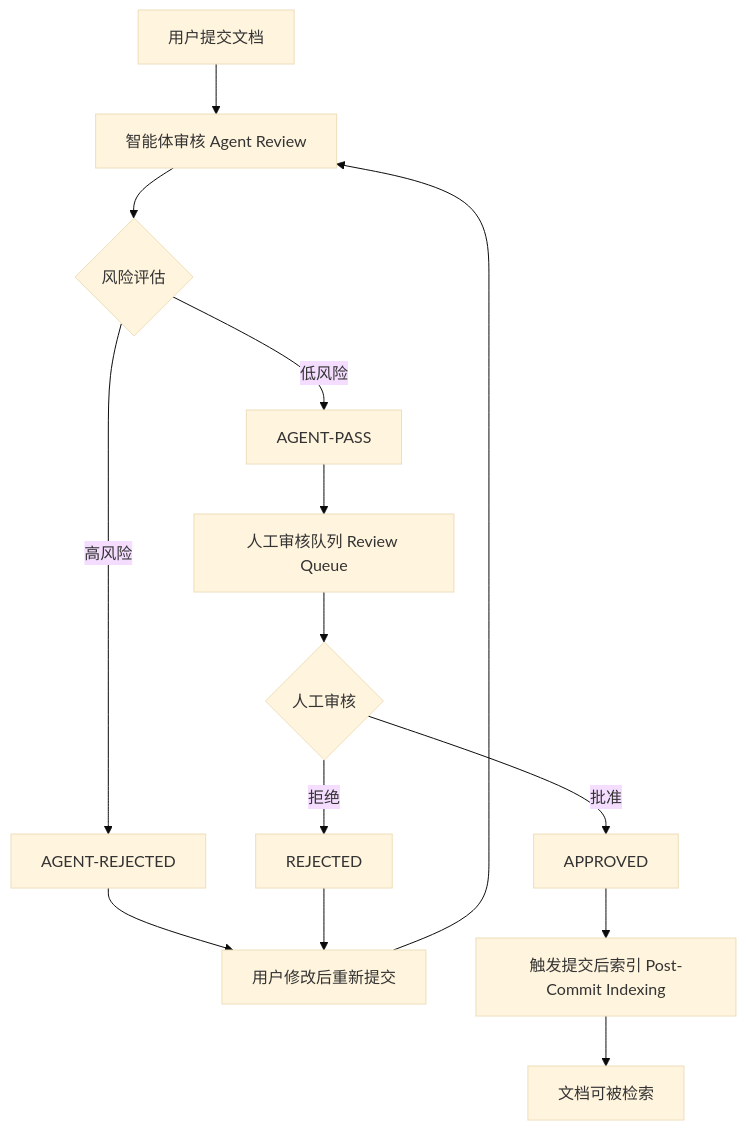
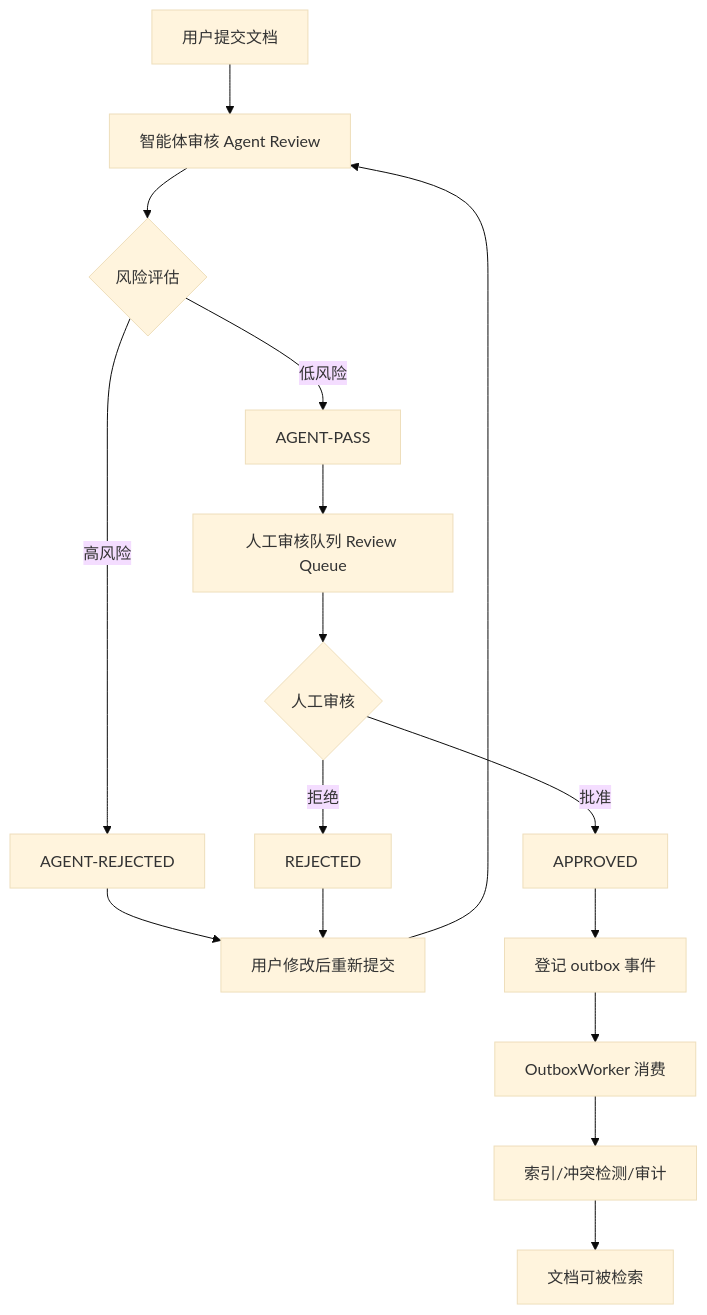
Before and after one commit to pofossette/TrapMap-for-vibing: the first of 5 diagrams in docs/architecture/components/REVIEW.md, drawn with Mermaid (base theme). The commit also changed other lines of this file and 10 other files, not shown here.

````diff
--- a/docs/architecture/components/REVIEW.md
+++ b/docs/architecture/components/REVIEW.md
@@ -9,22 +16,24 @@
 ```mermaid
 flowchart TB
     A[用户提交文档] --> B[智能体审核 Agent Review]
     B --> C{风险评估}
     
     C -->|高风险| D[AGENT-REJECTED]
     C -->|低风险| E[AGENT-PASS]
     
     D --> F[用户修改后重新提交]
     F --> B
     
     E --> G[人工审核队列 Review Queue]
     G --> H{人工审核}
     
     H -->|批准| I[APPROVED]
     H -->|拒绝| J[REJECTED]
     
-    I --> K[触发提交后索引 Post-Commit Indexing]
+    I --> K[登记 outbox 事件]
     J --> F
     
-    K --> L[文档可被检索]
+    K --> L[OutboxWorker 消费]
+    L --> M[索引/冲突检测/审计]
+    M --> N[文档可被检索]
 ```
````
